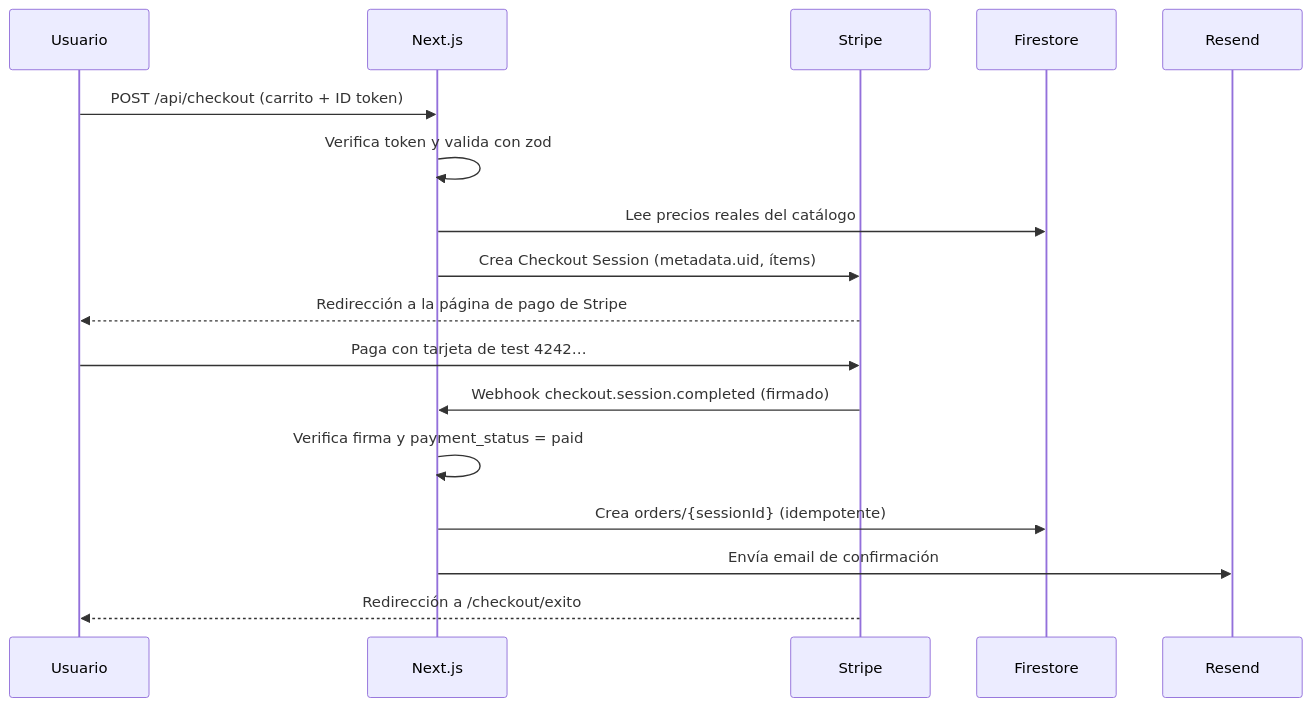
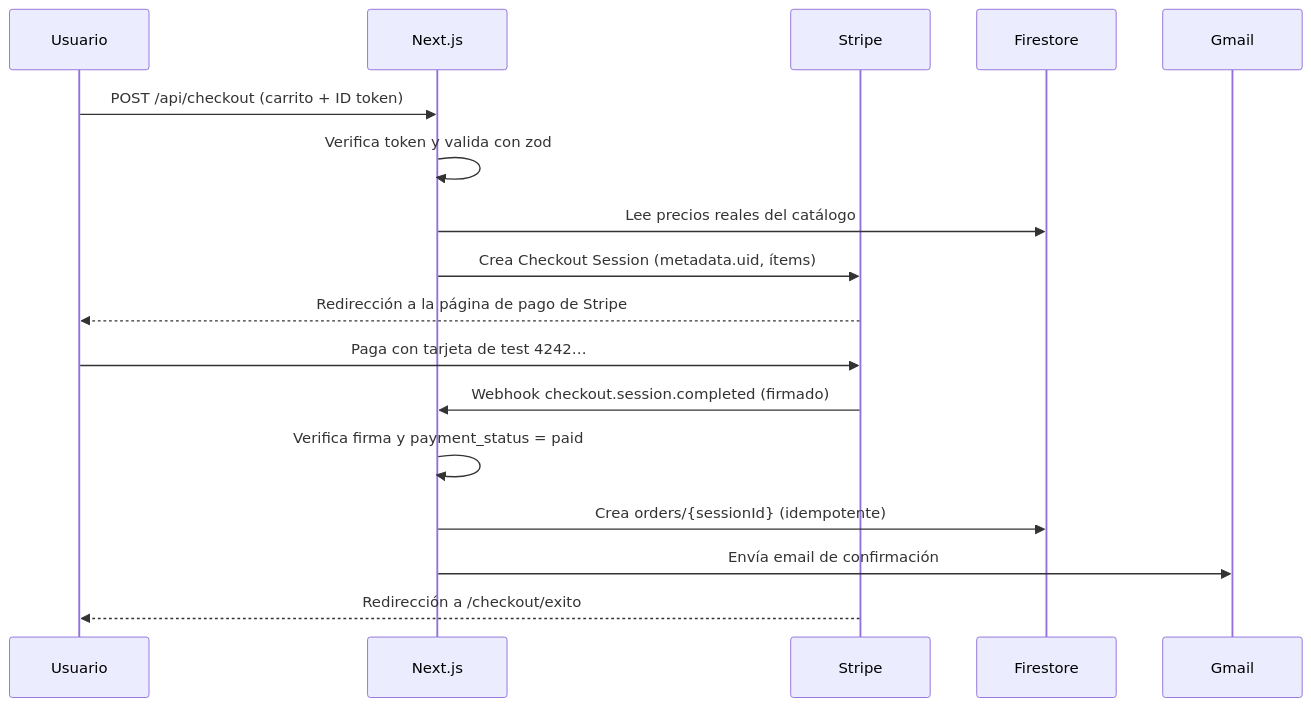
The second of 3 diagrams in ARQUITECTURA.md (mendokar/clearpoint-ai), drawn with Mermaid before and after one commit. The commit also changed other lines of this file and 2 other files, not shown here.

Commit message:
docs: Firebase, Stripe, asistente en Cloud Run, Gmail y accesos de demo

````diff
--- a/ARQUITECTURA.md
+++ b/ARQUITECTURA.md
@@ -203,20 +203,20 @@
 ```mermaid
 sequenceDiagram
     participant U as Usuario
     participant W as Next.js
     participant S as Stripe
     participant F as Firestore
-    participant R as Resend
+    participant R as Gmail
 
     U->>W: POST /api/checkout (carrito + ID token)
     W->>W: Verifica token y valida con zod
     W->>F: Lee precios reales del catálogo
     W->>S: Crea Checkout Session (metadata.uid, ítems)
     S-->>U: Redirección a la página de pago de Stripe
     U->>S: Paga con tarjeta de test 4242…
     S->>W: Webhook checkout.session.completed (firmado)
     W->>W: Verifica firma y payment_status = paid
     W->>F: Crea orders/{sessionId} (idempotente)
     W->>R: Envía email de confirmación
     S-->>U: Redirección a /checkout/exito
 ```
````
